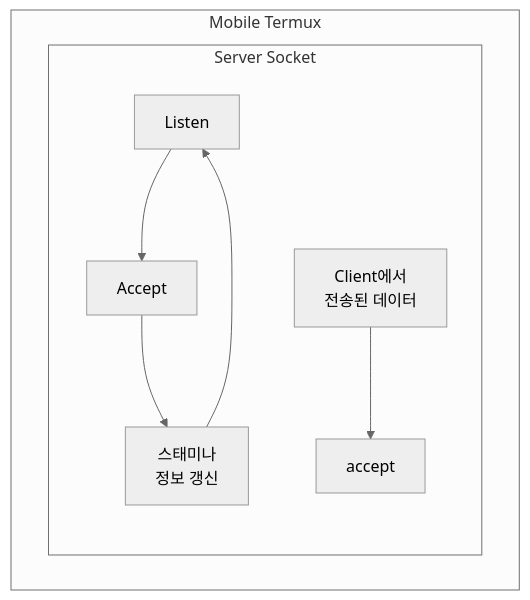
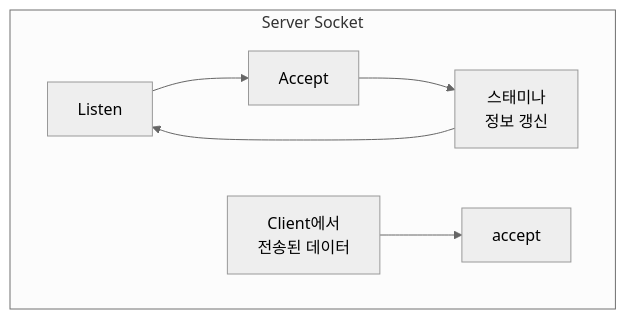
The third of 3 diagrams in README.md (201710808/Game-Stamina-Alarm), drawn with Mermaid (neutral theme) before and after one commit.

````diff
--- a/README.md
+++ b/README.md
@@ -55,13 +55,11 @@
 ```mermaid
 graph TB;
     data[Client에서\n전송된 데이터];
-    subgraph Mobile Termux;
     subgraph Server Socket;
     Listen-->Accept;
     Accept-->stamina_sync[스태미나\n정보 갱신];
     stamina_sync-->Listen;
     data-->accept;
     end;
-    end;
     
 ```
````
